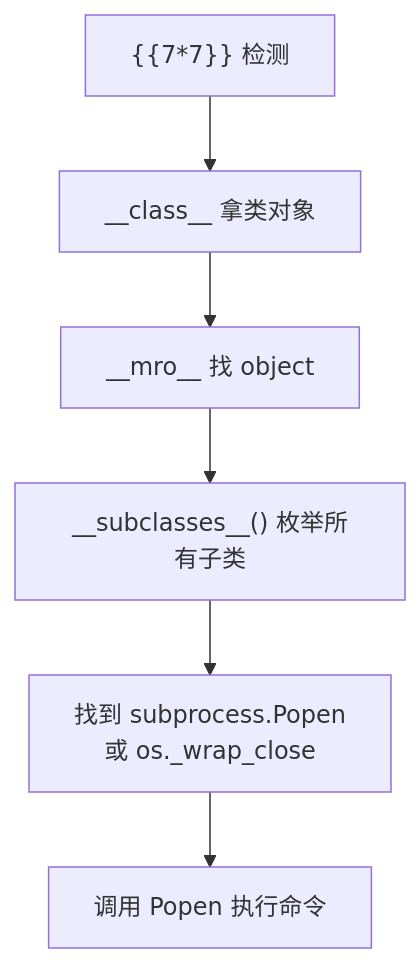
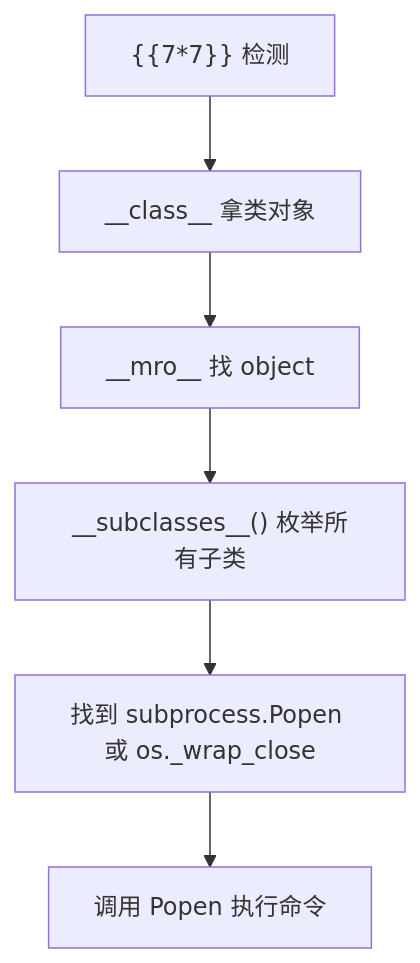
One commit to congliang/congliang.github.io changed the diagram in source/_posts/SSTI-flask-jinja2-exploitation.md. Above: the diagram before and after it, drawn with Mermaid. The commit also changed other lines of this file and 139 other files, not shown here.

````diff
--- a/source/_posts/SSTI-flask-jinja2-exploitation.md
+++ b/source/_posts/SSTI-flask-jinja2-exploitation.md
@@ -44,8 +44,8 @@
 ```mermaid
 flowchart TB
     A["{{7*7}} 检测"] --> B["__class__ 拿类对象"]
     B --> C["__mro__ 找 object"]
     C --> D["__subclasses__() 枚举所有子类"]
-    D --> E["找到 subprocess.Popen<br/>或 os._wrap_close"]
+    D --> E["找到 subprocess.Popen 或 os._wrap_close"]
     E --> F["调用 Popen 执行命令"]
 ```
````
